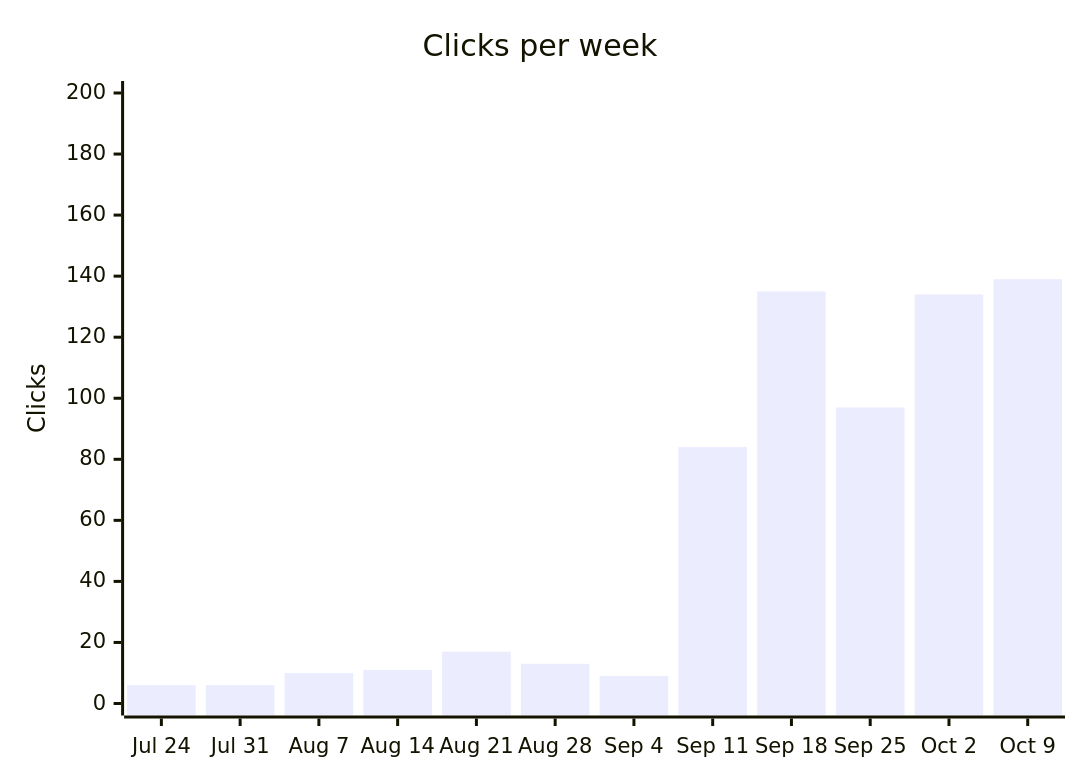
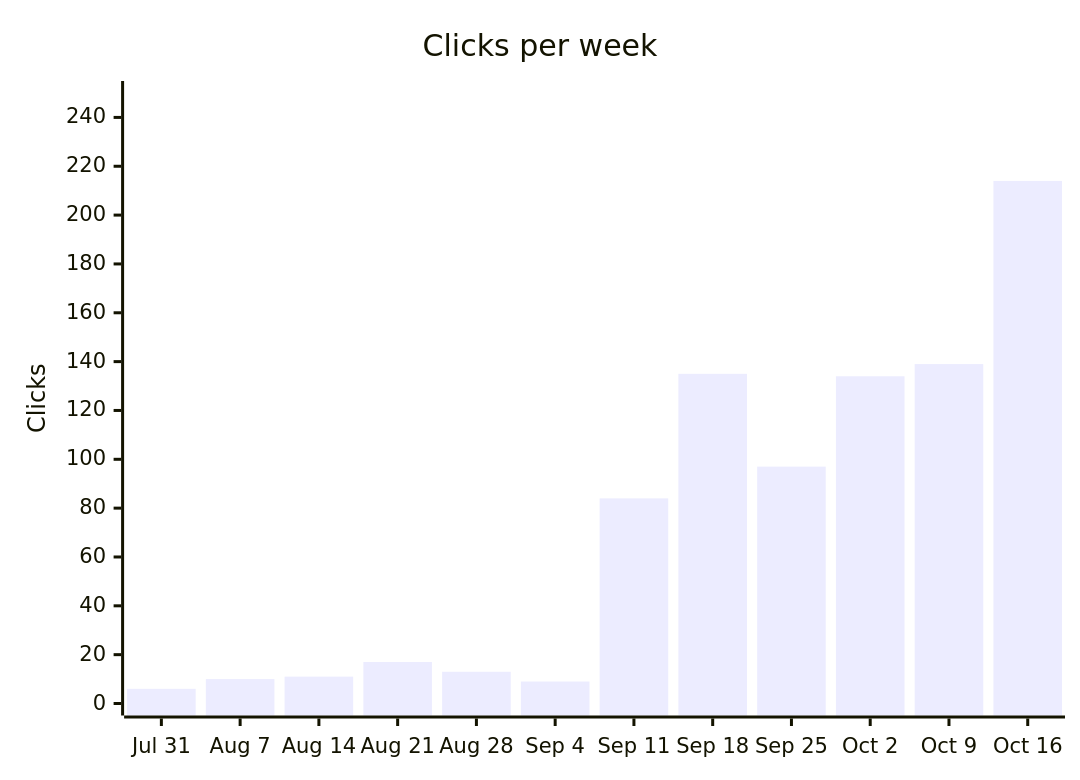
The first of 13 diagrams in latest.md (langx/website), drawn with Mermaid before and after one commit. The commit also changed other lines of this file and 2 other files, not shown here.

````diff
--- a/latest.md
+++ b/latest.md
@@ -18,7 +18,7 @@
 ```mermaid
 xychart-beta
   title "Clicks per week"
-  x-axis ["Jul 24", "Jul 31", "Aug 7", "Aug 14", "Aug 21", "Aug 28", "Sep 4", "Sep 11", "Sep 18", "Sep 25", "Oct 2", "Oct 9"]
-  y-axis "Clicks" 0 --> 200
-  bar [6, 6, 10, 11, 17, 13, 9, 84, 135, 97, 134, 139]
+  x-axis ["Jul 31", "Aug 7", "Aug 14", "Aug 21", "Aug 28", "Sep 4", "Sep 11", "Sep 18", "Sep 25", "Oct 2", "Oct 9", "Oct 16"]
+  y-axis "Clicks" 0 --> 250
+  bar [6, 10, 11, 17, 13, 9, 84, 135, 97, 134, 139, 214]
 ```
````
